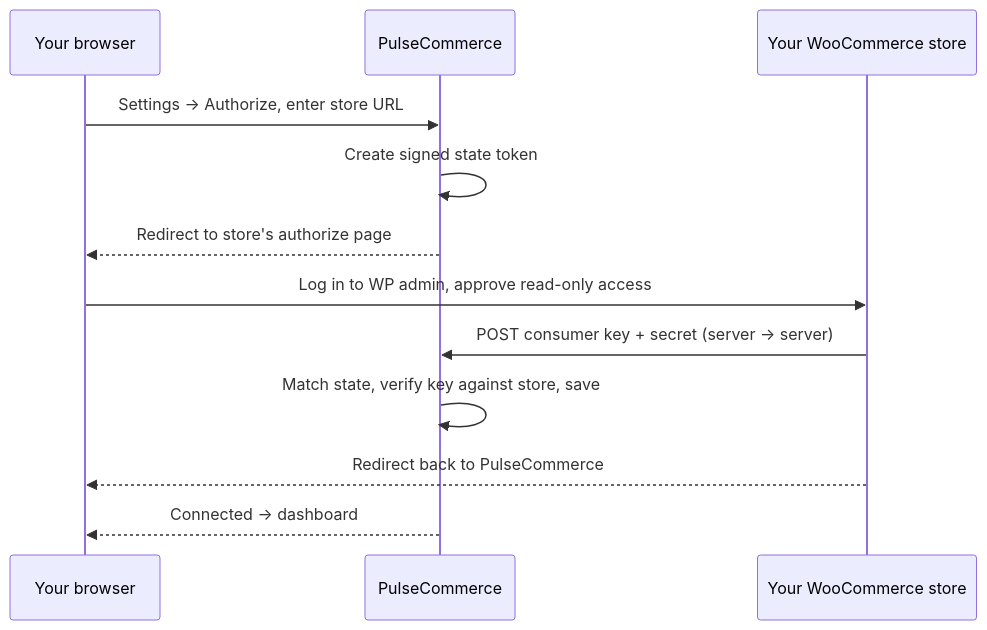
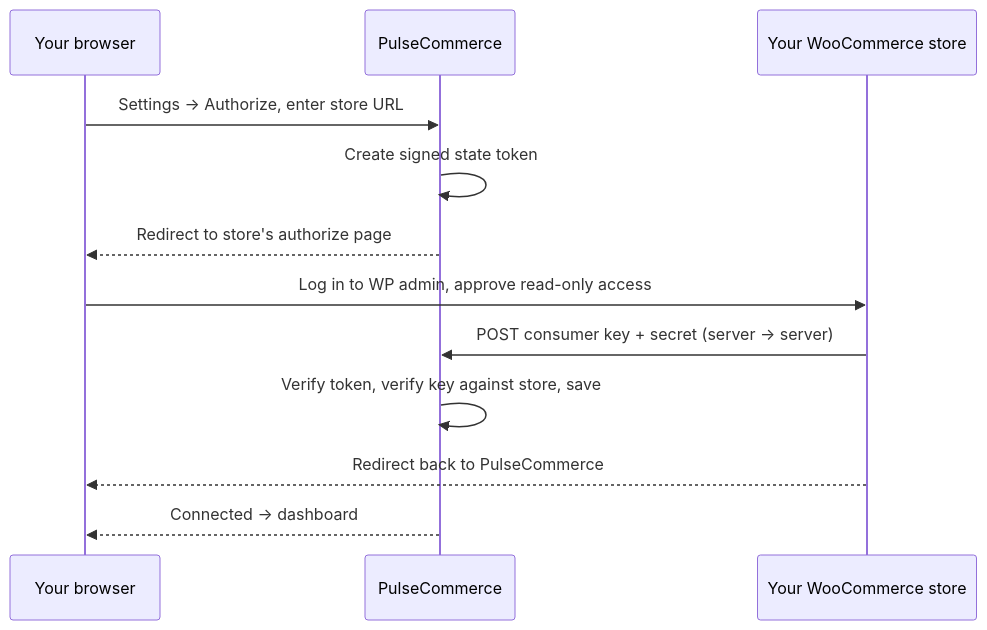
Before and after one commit to Setups-Works/PulseCommerce: the diagram in README.md, drawn with Mermaid. The commit also changed other lines of this file, not shown here.

````diff
--- a/README.md
+++ b/README.md
@@ -362,15 +406,15 @@
 ```mermaid
 sequenceDiagram
     participant B as Your browser
     participant A as PulseCommerce
     participant W as Your WooCommerce store
 
     B->>A: Settings → Authorize, enter store URL
     A->>A: Create signed state token
     A-->>B: Redirect to store's authorize page
     B->>W: Log in to WP admin, approve read-only access
     W->>A: POST consumer key + secret (server → server)
-    A->>A: Match state, verify key against store, save
+    A->>A: Verify token, verify key against store, save
     W-->>B: Redirect back to PulseCommerce
     A-->>B: Connected → dashboard
 ```
````
